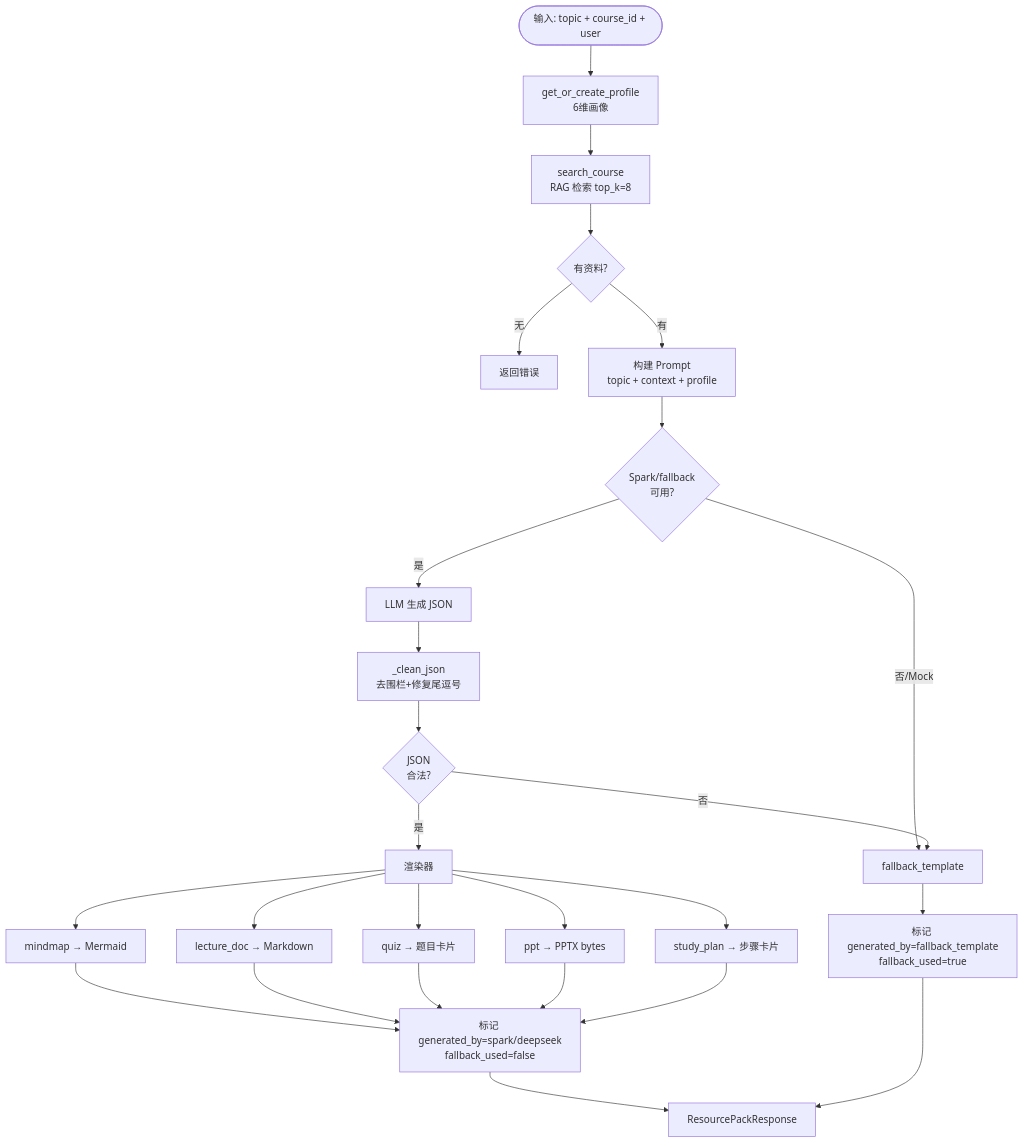
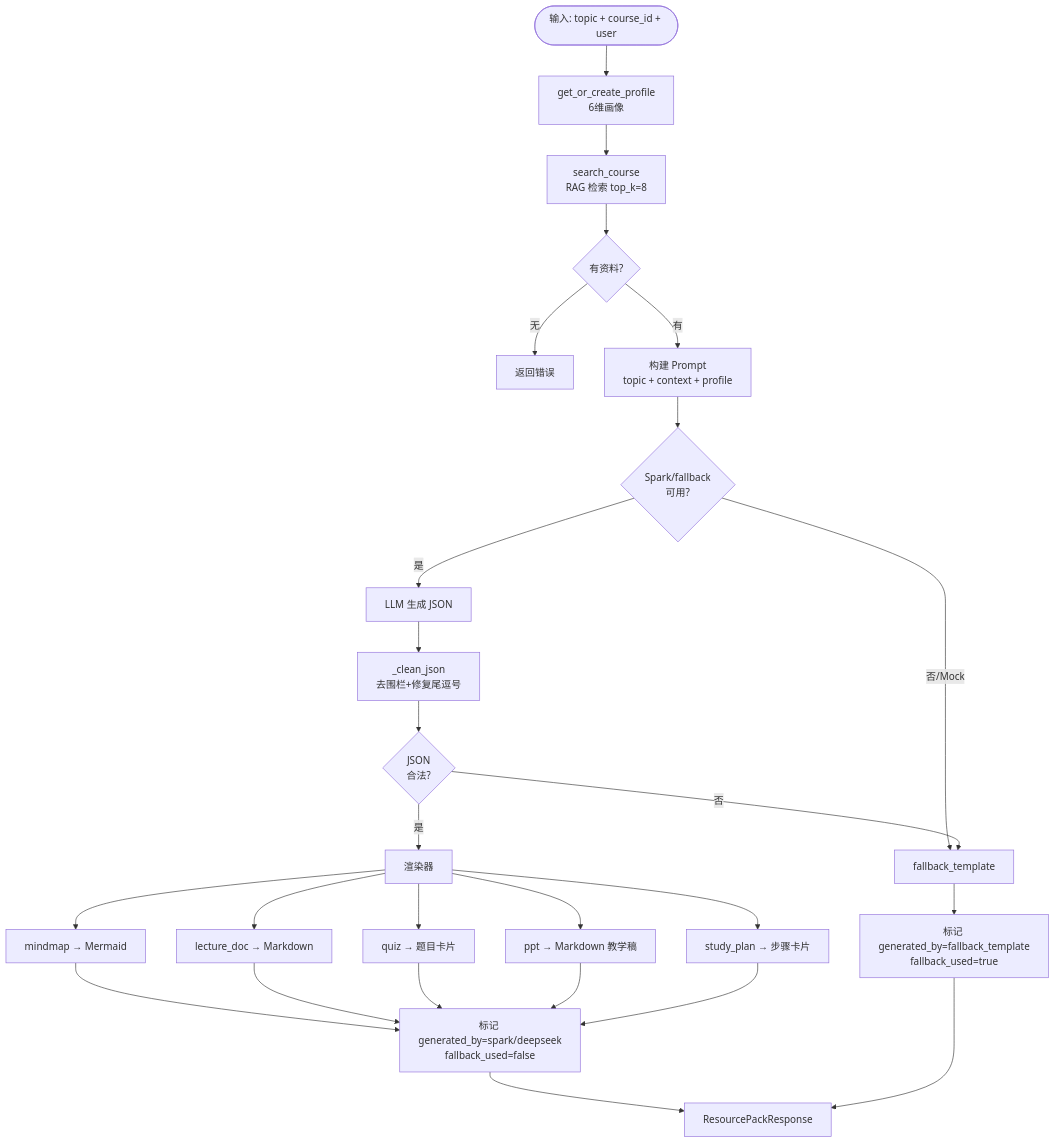
Before and after one commit to jasminenetf/intelligent-learning-agent: the fourth of 4 diagrams in docs/presentation/ARCHITECTURE_DIAGRAMS.md, drawn with Mermaid. The commit also changed other lines of this file and 19 other files, not shown here.

````diff
--- a/docs/presentation/ARCHITECTURE_DIAGRAMS.md
+++ b/docs/presentation/ARCHITECTURE_DIAGRAMS.md
@@ -116,28 +116,28 @@
 ```mermaid
 flowchart TD
     START([输入: topic + course_id + user]) --> PROF[get_or_create_profile<br/>6维画像]
     PROF --> RAG_RET[search_course<br/>RAG 检索 top_k=8]
     RAG_RET --> CHUNKS{有资料?}
     CHUNKS -- 无 --> ERR[返回错误]
     CHUNKS -- 有 --> BUILD_PROMPT[构建 Prompt<br/>topic + context + profile]
     BUILD_PROMPT --> CALL_LLM{Spark/fallback<br/>可用?}
     CALL_LLM -- 是 --> LLM_GEN[LLM 生成 JSON]
     CALL_LLM -- 否/Mock --> FALLBACK[fallback_template]
     LLM_GEN --> CLEAN[_clean_json<br/>去围栏+修复尾逗号]
     CLEAN --> PARSE{JSON<br/>合法?}
     PARSE -- 否 --> FALLBACK
     PARSE -- 是 --> RENDER[渲染器]
     RENDER --> MINDMAP[mindmap → Mermaid]
     RENDER --> LECTURE[lecture_doc → Markdown]
     RENDER --> QUIZ[quiz → 题目卡片]
-    RENDER --> PPT_OUT[ppt → PPTX bytes]
+    RENDER --> PPT_OUT[ppt → Markdown 教学稿]
     RENDER --> PLAN[study_plan → 步骤卡片]
     MINDMAP --> META[标记 generated_by=spark/deepseek<br/>fallback_used=false]
     LECTURE --> META
     QUIZ --> META
     PPT_OUT --> META
     PLAN --> META
     FALLBACK --> META_FB[标记 generated_by=fallback_template<br/>fallback_used=true]
     META --> RESP[ResourcePackResponse]
     META_FB --> RESP
 ```
````
